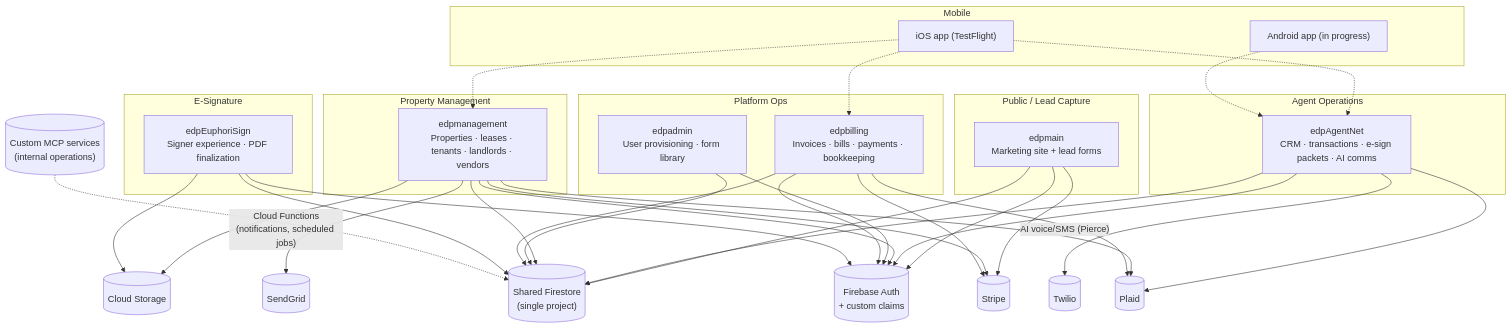
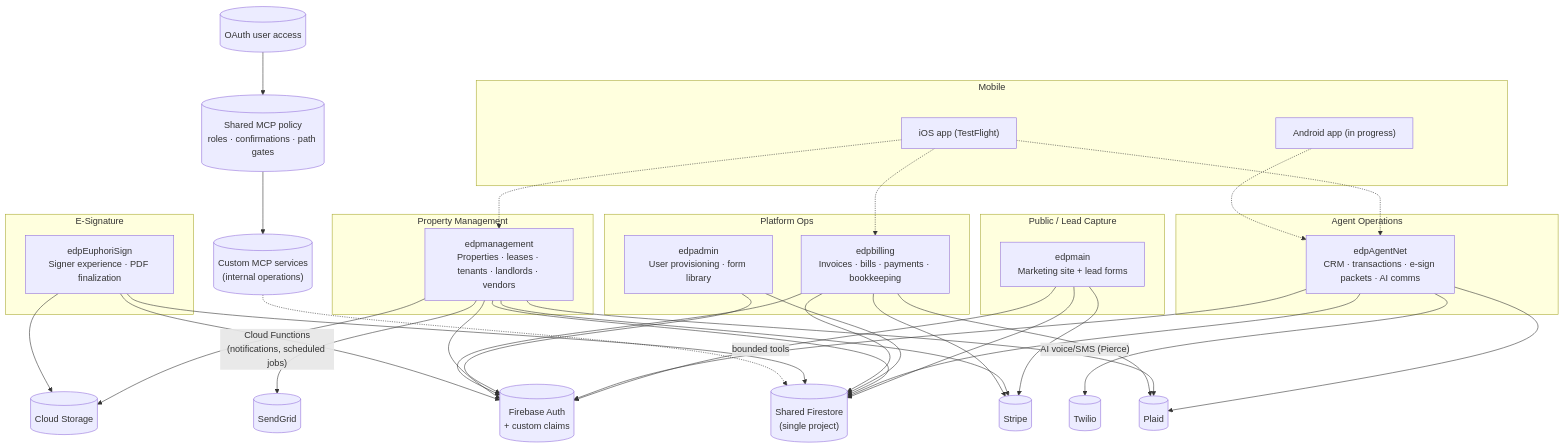
The diagram in README.md (andrewbowlds/edpapp-public), drawn with Mermaid before and after one commit. The commit also changed other lines of this file and 10 other files, not shown here.

````diff
--- a/README.md
+++ b/README.md
@@ -54,48 +54,53 @@
 ```mermaid
 flowchart TB
     subgraph Public["Public / Lead Capture"]
         Main["edpmain\nMarketing site + lead forms"]
     end
     subgraph Agent["Agent Operations"]
         AgentNet["edpAgentNet\nCRM · transactions · e-sign packets · AI comms"]
     end
     subgraph PM["Property Management"]
         Mgmt["edpmanagement\nProperties · leases · tenants · landlords · vendors"]
     end
     subgraph Ops["Platform Ops"]
         Admin["edpadmin\nUser provisioning · form library"]
         Billing["edpbilling\nInvoices · bills · payments · bookkeeping"]
     end
     subgraph Sign["E-Signature"]
         Esign["edpEuphoriSign\nSigner experience · PDF finalization"]
     end
     subgraph Mobile["Mobile"]
         iOS["iOS app (TestFlight)"]
         Android["Android app (in progress)"]
     end
 
     Firestore[("Shared Firestore\n(single project)")]
     Auth[("Firebase Auth\n+ custom claims")]
     Storage[("Cloud Storage")]
 
     Main --> Firestore
     AgentNet --> Firestore
     Mgmt --> Firestore
     Admin --> Firestore
     Billing --> Firestore
     Esign --> Firestore
     iOS -.-> AgentNet
     iOS -.-> Mgmt
     iOS -.-> Billing
     Android -.-> AgentNet
 
     Main & AgentNet & Mgmt & Admin & Billing & Esign --> Auth
     Mgmt & Esign --> Storage
 
     AgentNet -- "AI voice/SMS (Pierce)" --> Voice[("Twilio")]
     Mgmt -- "Cloud Functions\n(notifications, scheduled jobs)" --> Notify[("SendGrid")]
     Main & Mgmt & Billing --> Pay[("Stripe")]
     AgentNet & Mgmt & Billing --> Bank[("Plaid")]
 
-    MCP[("Custom MCP services\n(internal operations)")] -.-> Firestore
+    OAuth[("OAuth user access")]
+    Policy[("Shared MCP policy\nroles · confirmations · path gates")]
+    MCP[("Custom MCP services\n(internal operations)")]
+
+    OAuth --> Policy --> MCP
+    MCP -.bounded tools.-> Firestore
 ```
````
